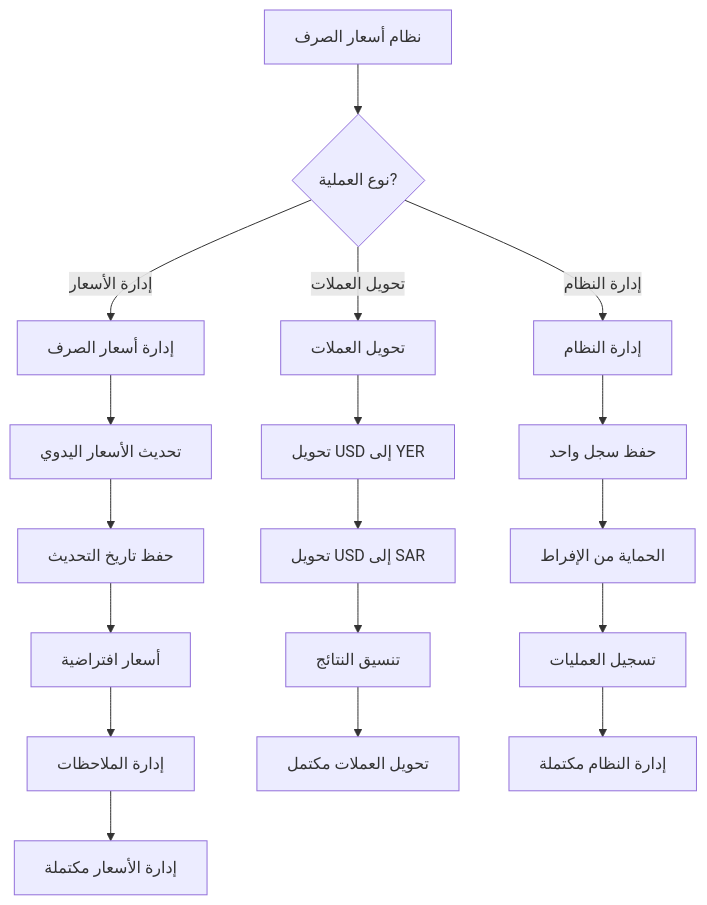
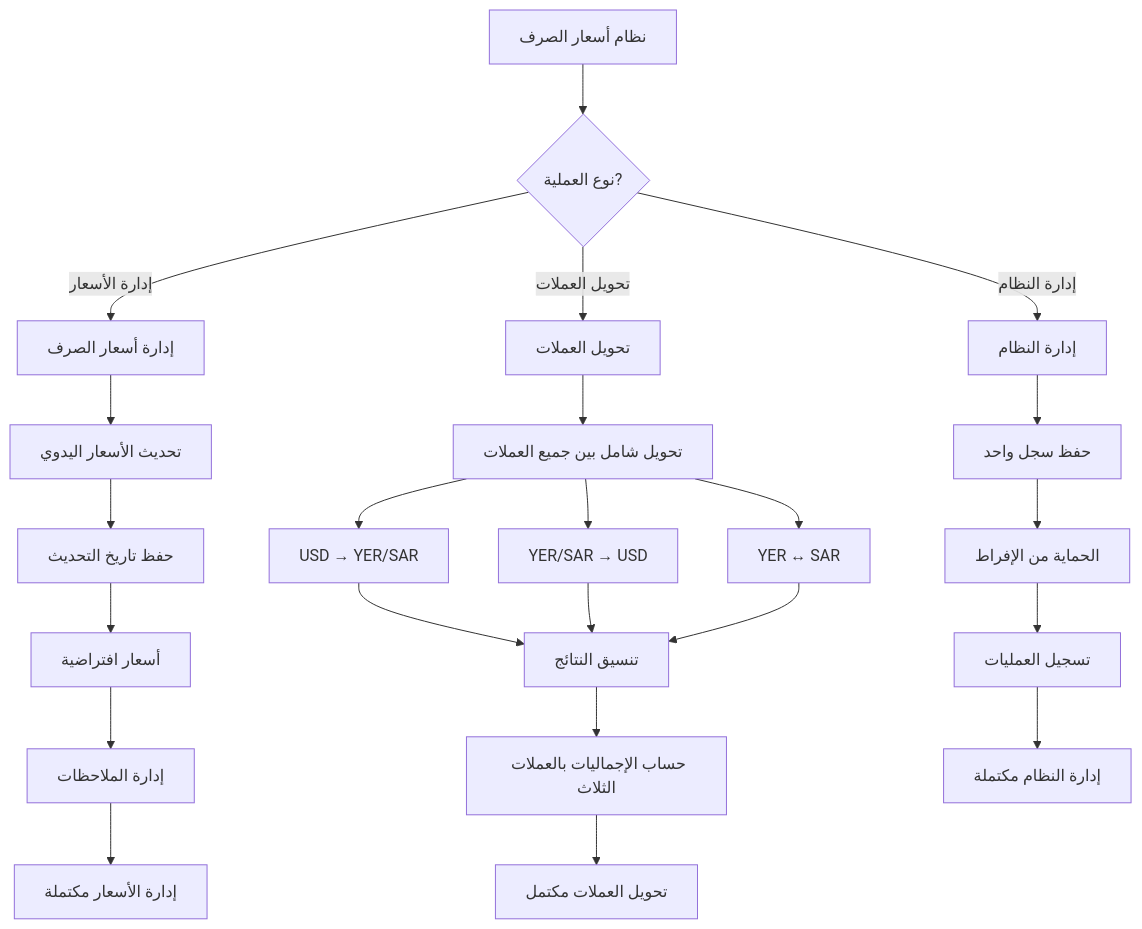
One commit to mpro775/tagdod-project changed the diagram in docs/requirements/flows/exchange-rates/exchange-rates-overview.mmd. Above: the diagram before and after it, drawn with Mermaid. The commit also changed 412 other files, not shown here.

```diff
--- a/docs/requirements/flows/exchange-rates/exchange-rates-overview.mmd
+++ b/docs/requirements/flows/exchange-rates/exchange-rates-overview.mmd
@@ -1,26 +1,31 @@
 %% Exchange Rates System Overview
 %% View at https://mermaid.live
 flowchart TD
   A[نظام أسعار الصرف] --> B{نوع العملية?}
   B -->|إدارة الأسعار| C[إدارة أسعار الصرف]
   B -->|تحويل العملات| D[تحويل العملات]
   B -->|إدارة النظام| E[إدارة النظام]
 
   %% Exchange Rates Management
   C --> C1[تحديث الأسعار اليدوي]
   C1 --> C2[حفظ تاريخ التحديث]
   C2 --> C3[أسعار افتراضية]
   C3 --> C4[إدارة الملاحظات]
   C4 --> C5[إدارة الأسعار مكتملة]
 
   %% Currency Conversion
-  D --> D1[تحويل USD إلى YER]
-  D1 --> D2[تحويل USD إلى SAR]
-  D2 --> D3[تنسيق النتائج]
+  D --> D1[تحويل شامل بين جميع العملات]
+  D1 --> D1A[USD → YER/SAR]
+  D1 --> D1B[YER/SAR → USD]
+  D1 --> D1C[YER ↔ SAR]
+  D1A --> D2[تنسيق النتائج]
+  D1B --> D2
+  D1C --> D2
+  D2 --> D3[حساب الإجماليات بالعملات الثلاث]
   D3 --> D4[تحويل العملات مكتمل]
 
   %% System Management
   E --> E1[حفظ سجل واحد]
   E1 --> E2[الحماية من الإفراط]
   E2 --> E3[تسجيل العمليات]
   E3 --> E4[إدارة النظام مكتملة]
```
